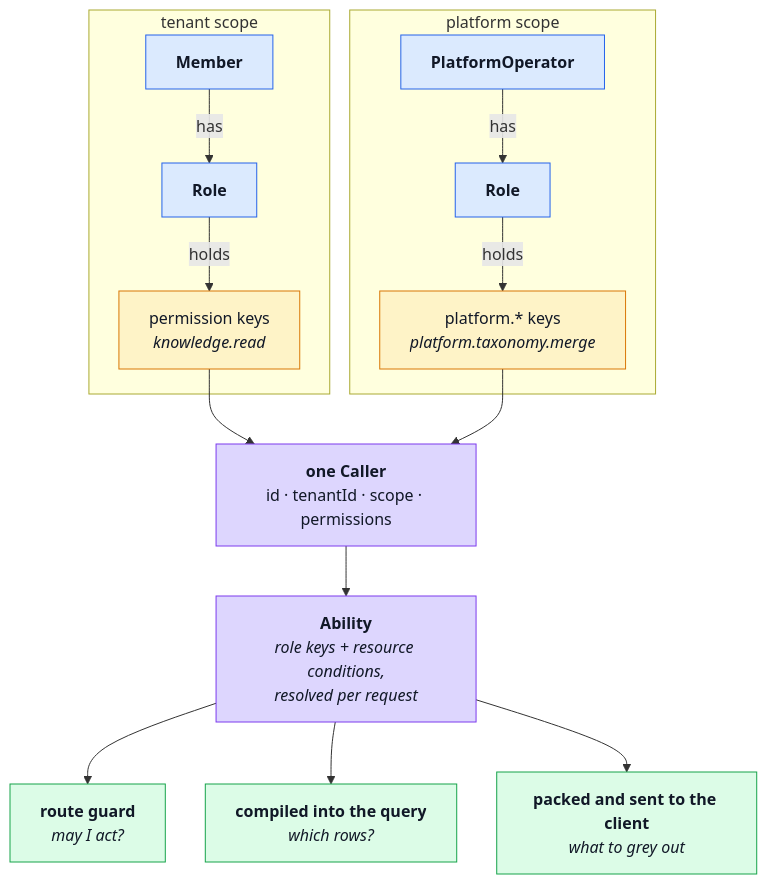
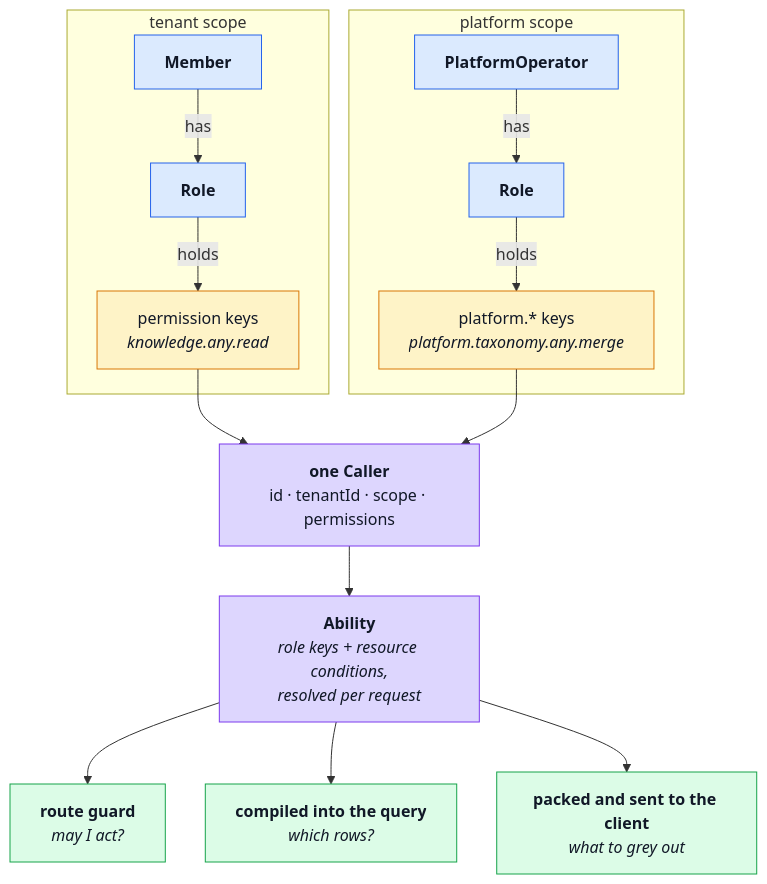
The diagram in docs/theory/authorization.md (Guebbit/boilerplate-node-backend), drawn with Mermaid before and after one commit. The commit also changed other lines of this file and 81 other files, not shown here.

````diff
--- a/docs/theory/authorization.md
+++ b/docs/theory/authorization.md
@@ -48,32 +48,32 @@
 ```mermaid
 %%{init: {'flowchart': {'nodeSpacing': 40, 'rankSpacing': 50}}}%%
 flowchart TD
     accTitle: How a caller becomes an authorization decision
     accDescr: A member holds a role in one tenant, or a platform operator holds a role with platform-prefixed keys. Either way the request resolves to a single caller, which resolves to one ability, which is used in three places - the route guard, the database query, and the rule set sent to the client.
 
     subgraph TENANT["tenant scope"]
         M["<b>Member</b>"] -->|has| RT["<b>Role</b>"]
-        RT -->|holds| KT["permission keys<br/><i>knowledge.read</i>"]
+        RT -->|holds| KT["permission keys<br/><i>knowledge.any.read</i>"]
     end
     subgraph PLATFORM["platform scope"]
         PO["<b>PlatformOperator</b>"] -->|has| RP["<b>Role</b>"]
-        RP -->|holds| KP["platform.* keys<br/><i>platform.taxonomy.merge</i>"]
+        RP -->|holds| KP["platform.* keys<br/><i>platform.taxonomy.any.merge</i>"]
     end
 
     KT --> C["<b>one Caller</b><br/>id · tenantId · scope · permissions"]
     KP --> C
     C --> A["<b>Ability</b><br/><i>role keys + resource conditions,<br/>resolved per request</i>"]
 
     A --> G["<b>route guard</b><br/><i>may I act?</i>"]
     A --> Q["<b>compiled into the query</b><br/><i>which rows?</i>"]
     A --> W["<b>packed and sent to the client</b><br/><i>what to grey out</i>"]
 
     classDef actor fill:#dbeafe,stroke:#2563eb,color:#111827;
     classDef key fill:#fef3c7,stroke:#d97706,color:#111827;
     classDef core fill:#ddd6fe,stroke:#7c3aed,color:#111827;
     classDef use fill:#dcfce7,stroke:#16a34a,color:#111827;
     class M,PO,RT,RP actor;
     class KT,KP key;
     class C,A core;
     class G,Q,W use;
 ```
````
